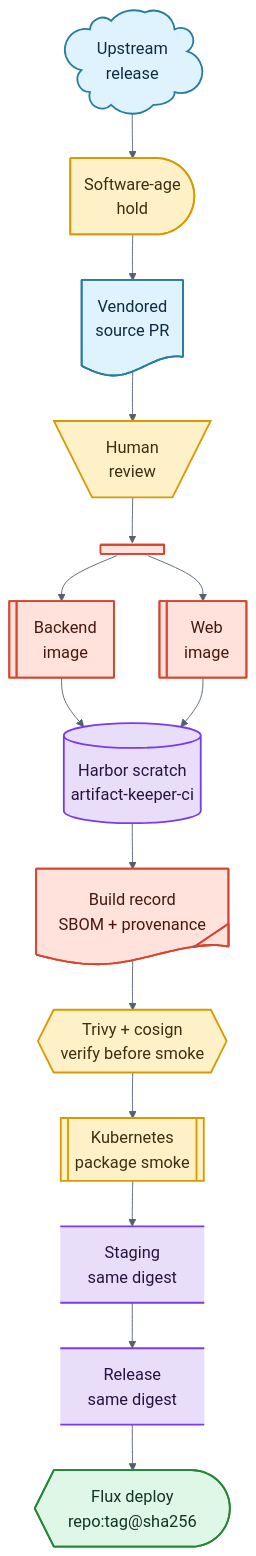
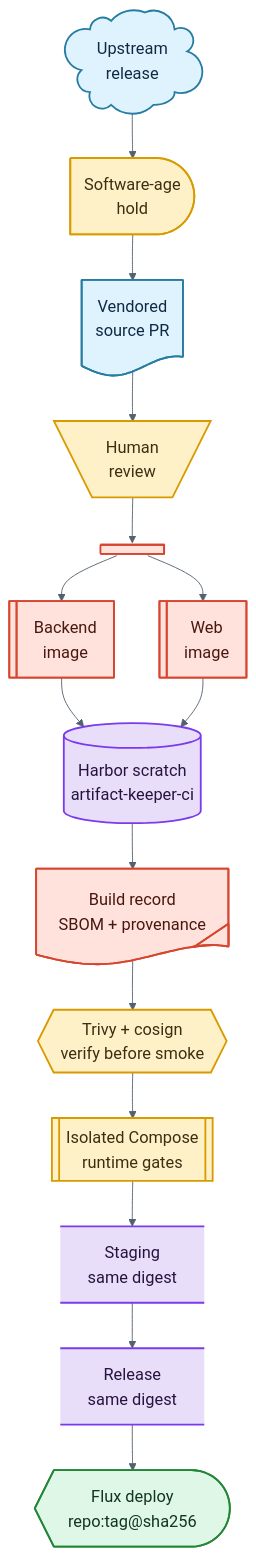
One commit to cazlo/supply-chain-as-a-service changed the diagram in docs/reference-architecture.md. Above: the diagram before and after it, drawn with Mermaid. The commit also changed other lines of this file and 10 other files, not shown here.

````diff
--- a/docs/reference-architecture.md
+++ b/docs/reference-architecture.md
@@ -31,34 +31,34 @@
 ```mermaid
 %%{init: {"theme": "base", "themeVariables": {"fontSize": "18px", "fontFamily": "Inter, ui-sans-serif, system-ui", "primaryTextColor": "#17212b", "lineColor": "#53616f"}} }%%
 flowchart TB
   upstream@{ shape: cloud, label: "Upstream<br/>release" }
   hold@{ shape: delay, label: "Software-age<br/>hold" }
   pr@{ shape: doc, label: "Vendored<br/>source PR" }
   human@{ shape: trap-t, label: "Human<br/>review" }
   fork@{ shape: fork, label: "Split builds" }
   backend@{ shape: lin-rect, label: "Backend<br/>image" }
   web@{ shape: lin-rect, label: "Web<br/>image" }
   scratch@{ shape: cyl, label: "Harbor scratch<br/>artifact-keeper-ci" }
   evidence@{ shape: tag-doc, label: "Build record<br/>SBOM + provenance" }
   verify@{ shape: hex, label: "Trivy + cosign<br/>verify before smoke" }
-  smoke@{ shape: fr-rect, label: "Kubernetes<br/>package smoke" }
+  smoke@{ shape: fr-rect, label: "Isolated Compose<br/>runtime gates" }
   staging@{ shape: datastore, label: "Staging<br/>same digest" }
   release@{ shape: datastore, label: "Release<br/>same digest" }
   flux@{ shape: curv-trap, label: "Flux deploy<br/>repo:tag@sha256" }
 
   upstream --> hold --> pr --> human --> fork
   fork --> backend --> scratch
   fork --> web --> scratch
   scratch --> evidence --> verify --> smoke --> staging --> release --> flux
 
   classDef source fill:#dff3ff,stroke:#277da1,stroke-width:2px,color:#102a43,font-size:18px
   classDef policy fill:#fff1c7,stroke:#d99a00,stroke-width:2px,color:#3b2f12,font-size:18px
   classDef build fill:#ffe2dc,stroke:#d6452f,stroke-width:2px,color:#4a1710,font-size:18px
   classDef registry fill:#e9defa,stroke:#7c3aed,stroke-width:2px,color:#27133f,font-size:18px
   classDef deploy fill:#dff7e7,stroke:#238636,stroke-width:2px,color:#12351f,font-size:18px
   class upstream,pr source
   class hold,human,verify,smoke policy
   class fork,backend,web,evidence build
   class scratch,staging,release registry
   class flux deploy
 ```
````
